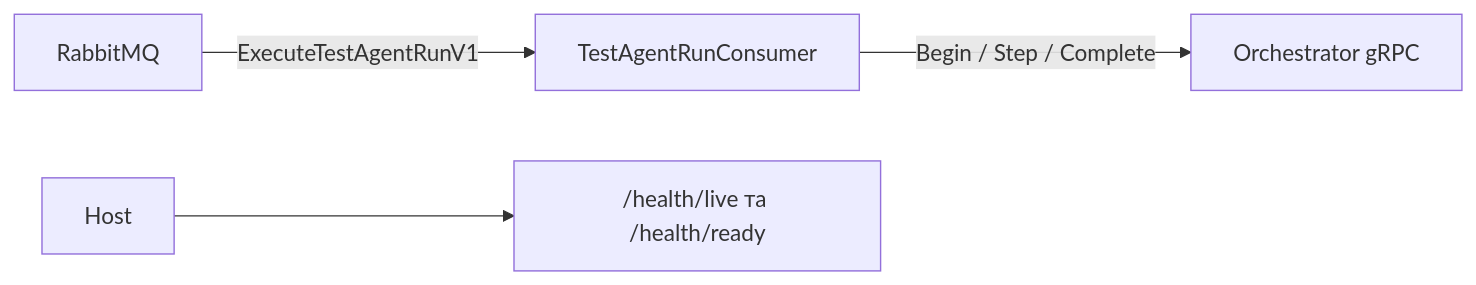
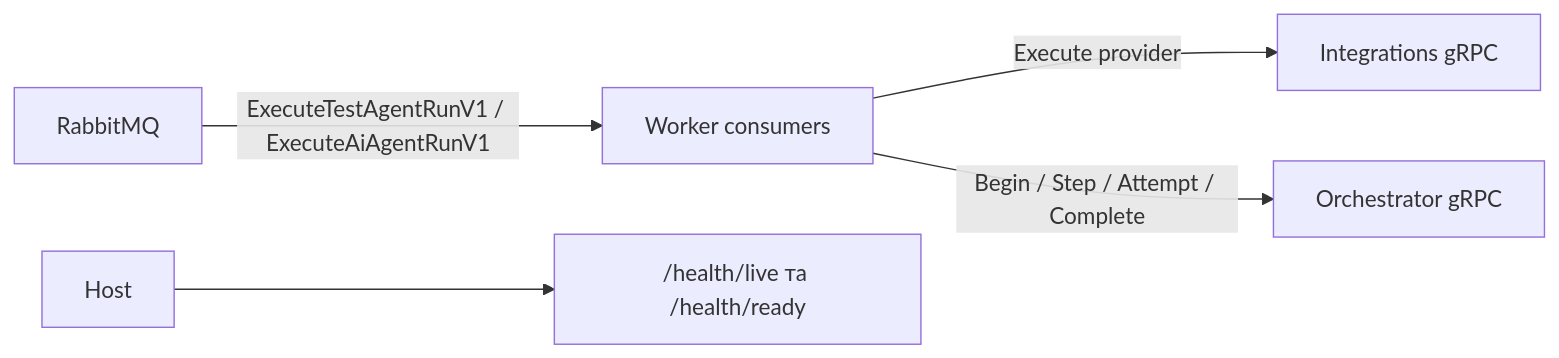
Before and after one commit to SqeeZarion/AiControlCenter: the diagram in src/Services/Worker/AiControlCenter.Worker.Service/README.md, drawn with Mermaid. The commit also changed other lines of this file and 15 other files, not shown here.

````diff
--- a/src/Services/Worker/AiControlCenter.Worker.Service/README.md
+++ b/src/Services/Worker/AiControlCenter.Worker.Service/README.md
@@ -7,6 +7,7 @@
 ```mermaid
 flowchart LR
-    RabbitMQ["RabbitMQ"] -->|"ExecuteTestAgentRunV1"| Consumer["TestAgentRunConsumer"]
-    Consumer -->|"Begin / Step / Complete"| Orchestrator["Orchestrator gRPC"]
+    RabbitMQ["RabbitMQ"] -->|"ExecuteTestAgentRunV1 / ExecuteAiAgentRunV1"| Consumer["Worker consumers"]
+    Consumer -->|"Execute provider"| Integrations["Integrations gRPC"]
+    Consumer -->|"Begin / Step / Attempt / Complete"| Orchestrator["Orchestrator gRPC"]
     Host --> Health["/health/live та /health/ready"]
 ```
````
